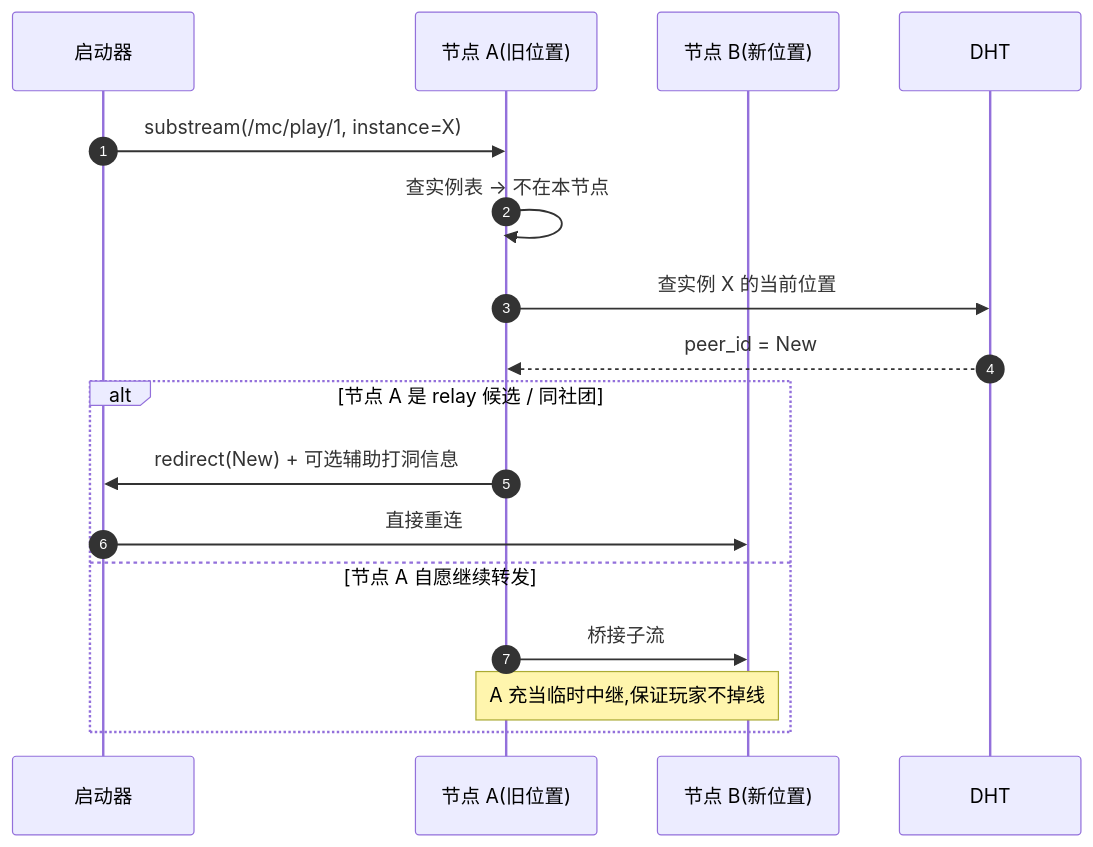
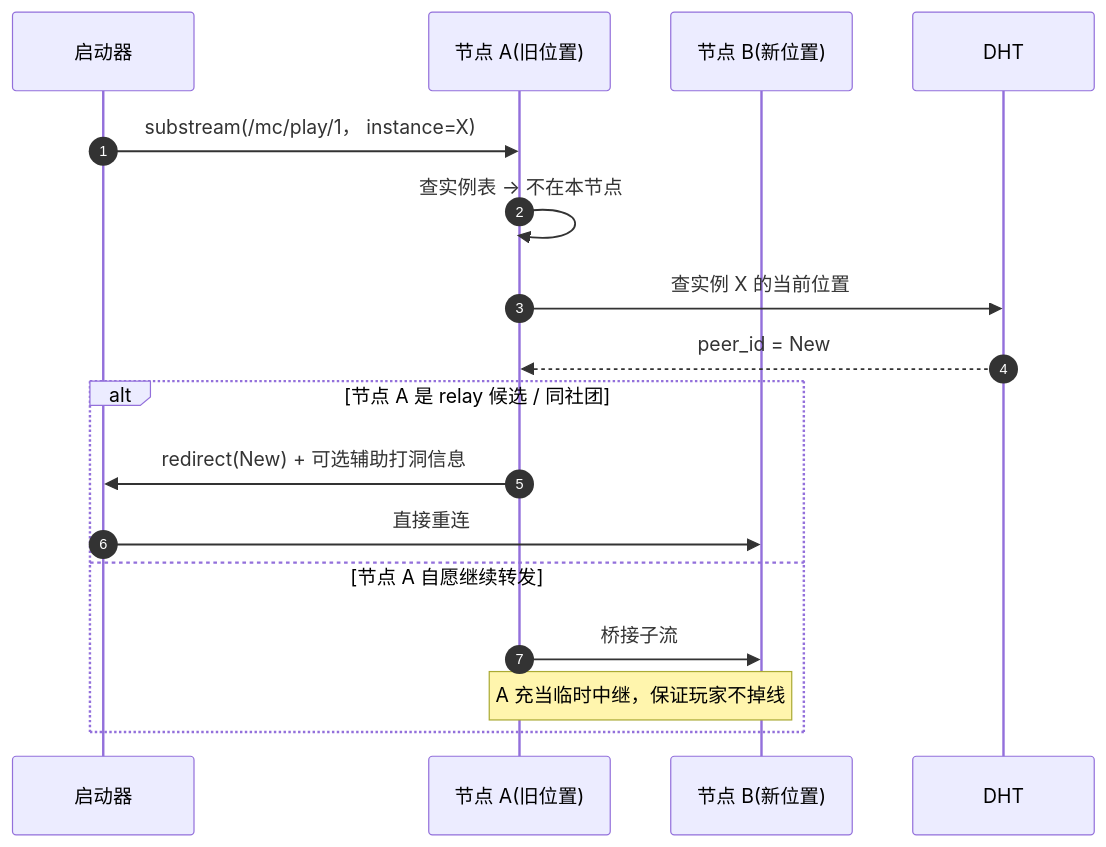
The second of 4 diagrams in pages/components/server/network.md (JLUCraft/docs), drawn with Mermaid before and after one commit. The commit also changed other lines of this file and 23 other files, not shown here.

````diff
--- a/pages/components/server/network.md
+++ b/pages/components/server/network.md
@@ -39,20 +39,20 @@
 ```mermaid
 sequenceDiagram
     autonumber
     participant Cli as 启动器
     participant Old as 节点 A(旧位置)
     participant New as 节点 B(新位置)
     participant DHT
 
-    Cli->>Old: substream(/mc/play/1, instance=X)
+    Cli->>Old: substream(/mc/play/1， instance=X)
     Old->>Old: 查实例表 → 不在本节点
     Old->>DHT: 查实例 X 的当前位置
     DHT-->>Old: peer_id = New
     alt 节点 A 是 relay 候选 / 同社团
         Old->>Cli: redirect(New) + 可选辅助打洞信息
         Cli->>New: 直接重连
     else 节点 A 自愿继续转发
         Old->>New: 桥接子流
-        Note over Old,New: A 充当临时中继,保证玩家不掉线
+        Note over Old,New: A 充当临时中继，保证玩家不掉线
     end
 ```
````
